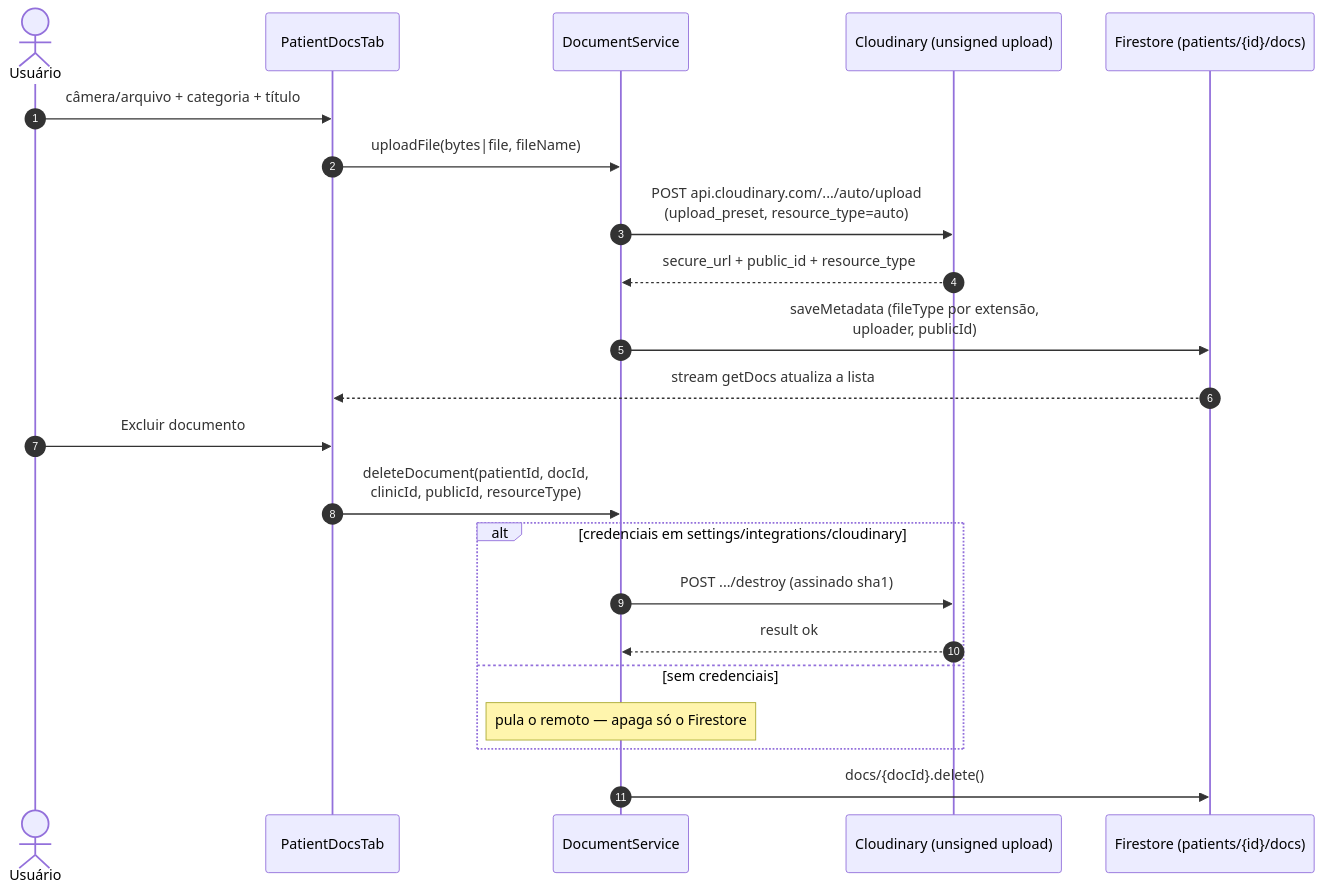
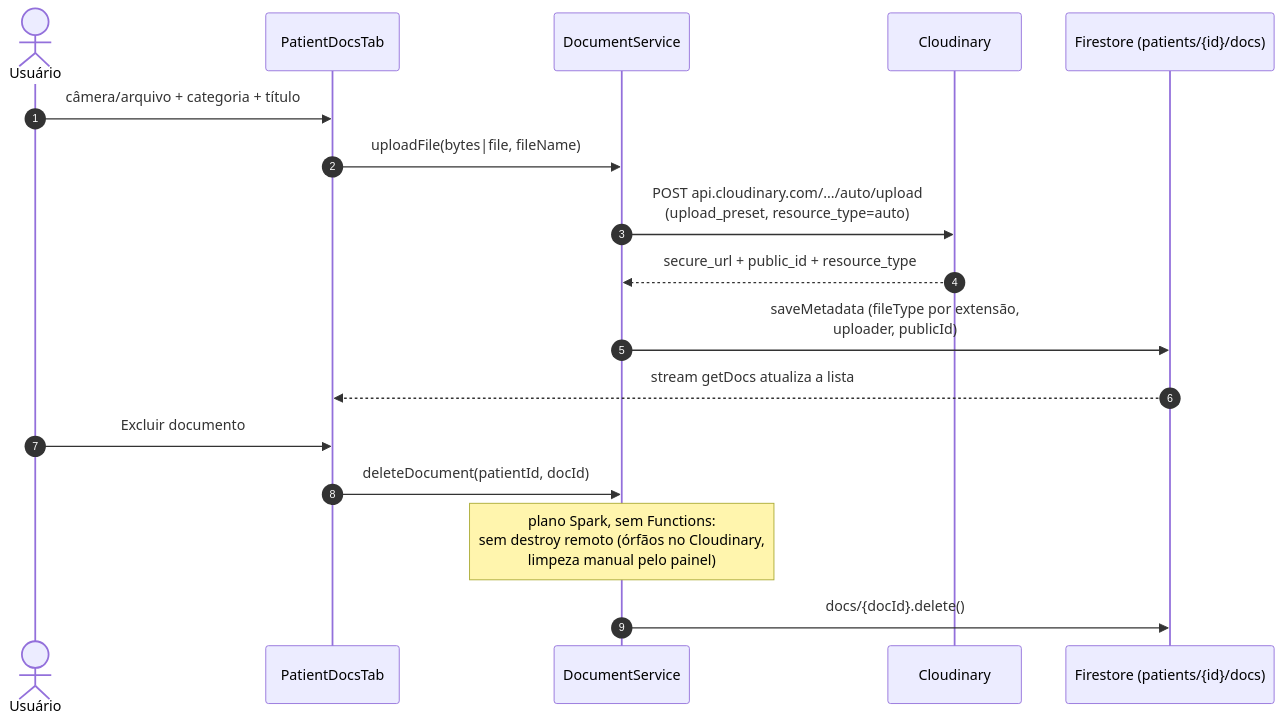
Diagram 13 of 13 in DIAGRAMAS_DE_SEQUENCIA.md (gabrielabrahaodev/NexoSaude), drawn with Mermaid before and after one commit. The commit also changed 29 other files, not shown here.

Commit message:
Review fixes Spark: filtros clinicId, rules escopadas, billing lowercase, serverTimestamp, cascata 450, registro sem clinica, avaliacao sem fallback

````diff
--- a/DIAGRAMAS_DE_SEQUENCIA.md
+++ b/DIAGRAMAS_DE_SEQUENCIA.md
@@ -337,26 +337,21 @@
 ```mermaid
 sequenceDiagram
     autonumber
     actor U as Usuário
     participant T as PatientDocsTab
     participant DS as DocumentService
-    participant C as Cloudinary (unsigned upload)
+    participant C as Cloudinary
     participant F as Firestore (patients/{id}/docs)
 
     U->>T: câmera/arquivo + categoria + título
     T->>DS: uploadFile(bytes|file, fileName)
     DS->>C: POST api.cloudinary.com/.../auto/upload<br/>(upload_preset, resource_type=auto)
     C-->>DS: secure_url + public_id + resource_type
     DS->>F: saveMetadata (fileType por extensão,<br/>uploader, publicId)
     F-->>T: stream getDocs atualiza a lista
 
     U->>T: Excluir documento
-    T->>DS: deleteDocument(patientId, docId,<br/>clinicId, publicId, resourceType)
-    alt credenciais em settings/integrations/cloudinary
-        DS->>C: POST .../destroy (assinado sha1)
-        C-->>DS: result ok
-    else sem credenciais
-        Note over DS: pula o remoto — apaga só o Firestore
-    end
+    T->>DS: deleteDocument(patientId, docId)
+    Note over DS: plano Spark, sem Functions:<br/>sem destroy remoto (órfãos no Cloudinary,<br/>limpeza manual pelo painel)
     DS->>F: docs/{docId}.delete()
 ```
````
